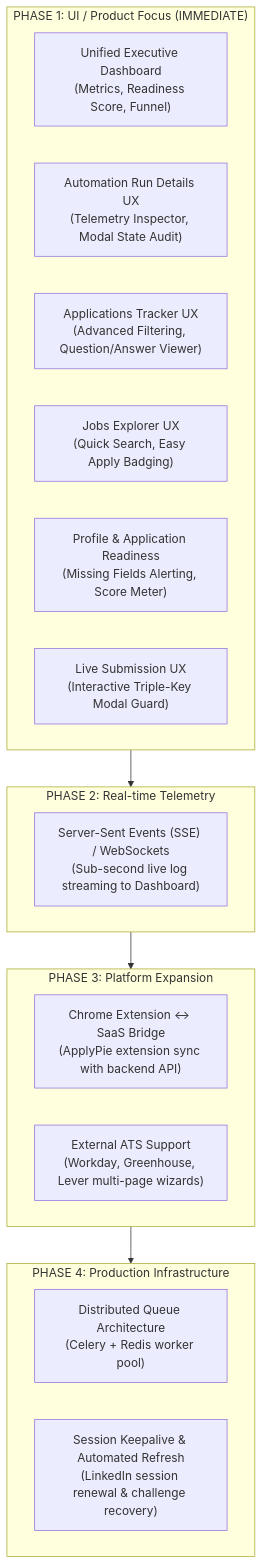
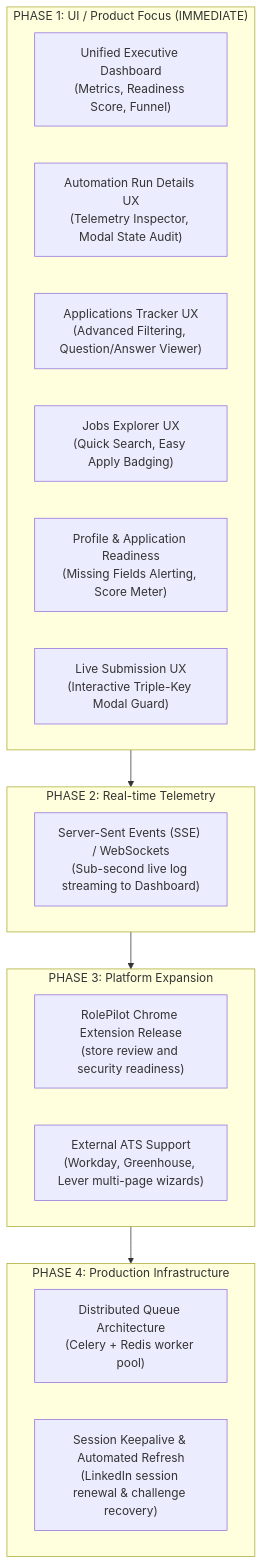
One commit to thejanmejay/RolePilot changed the fourth of 4 diagrams in SYSTEM_DESIGN.md. Above: the diagram before and after it, drawn with Mermaid. The commit also changed other lines of this file and 186 other files, not shown here.

Commit message:
feat: implement UI/UX redesign Phase 1 & 2, unified onboarding, ATS checker, and signup email verification flow

````diff
--- a/SYSTEM_DESIGN.md
+++ b/SYSTEM_DESIGN.md
@@ -638,29 +613,29 @@
 ```mermaid
 graph TD
     subgraph Phase1 ["PHASE 1: UI / Product Focus (IMMEDIATE)"]
         P1_1["Unified Executive Dashboard<br/>(Metrics, Readiness Score, Funnel)"]
         P1_2["Automation Run Details UX<br/>(Telemetry Inspector, Modal State Audit)"]
         P1_3["Applications Tracker UX<br/>(Advanced Filtering, Question/Answer Viewer)"]
         P1_4["Jobs Explorer UX<br/>(Quick Search, Easy Apply Badging)"]
         P1_5["Profile & Application Readiness<br/>(Missing Fields Alerting, Score Meter)"]
         P1_6["Live Submission UX<br/>(Interactive Triple-Key Modal Guard)"]
     end
 
     subgraph Phase2 ["PHASE 2: Real-time Telemetry"]
         P2_1["Server-Sent Events (SSE) / WebSockets<br/>(Sub-second live log streaming to Dashboard)"]
     end
 
     subgraph Phase3 ["PHASE 3: Platform Expansion"]
-        P3_1["Chrome Extension ↔ SaaS Bridge<br/>(ApplyPie extension sync with backend API)"]
+        P3_1["RolePilot Chrome Extension Release<br/>(store review and security readiness)"]
         P3_2["External ATS Support<br/>(Workday, Greenhouse, Lever multi-page wizards)"]
     end
 
     subgraph Phase4 ["PHASE 4: Production Infrastructure"]
         P4_1["Distributed Queue Architecture<br/>(Celery + Redis worker pool)"]
         P4_2["Session Keepalive & Automated Refresh<br/>(LinkedIn session renewal & challenge recovery)"]
     end
 
     Phase1 --> Phase2
     Phase2 --> Phase3
     Phase3 --> Phase4
 ```
````
